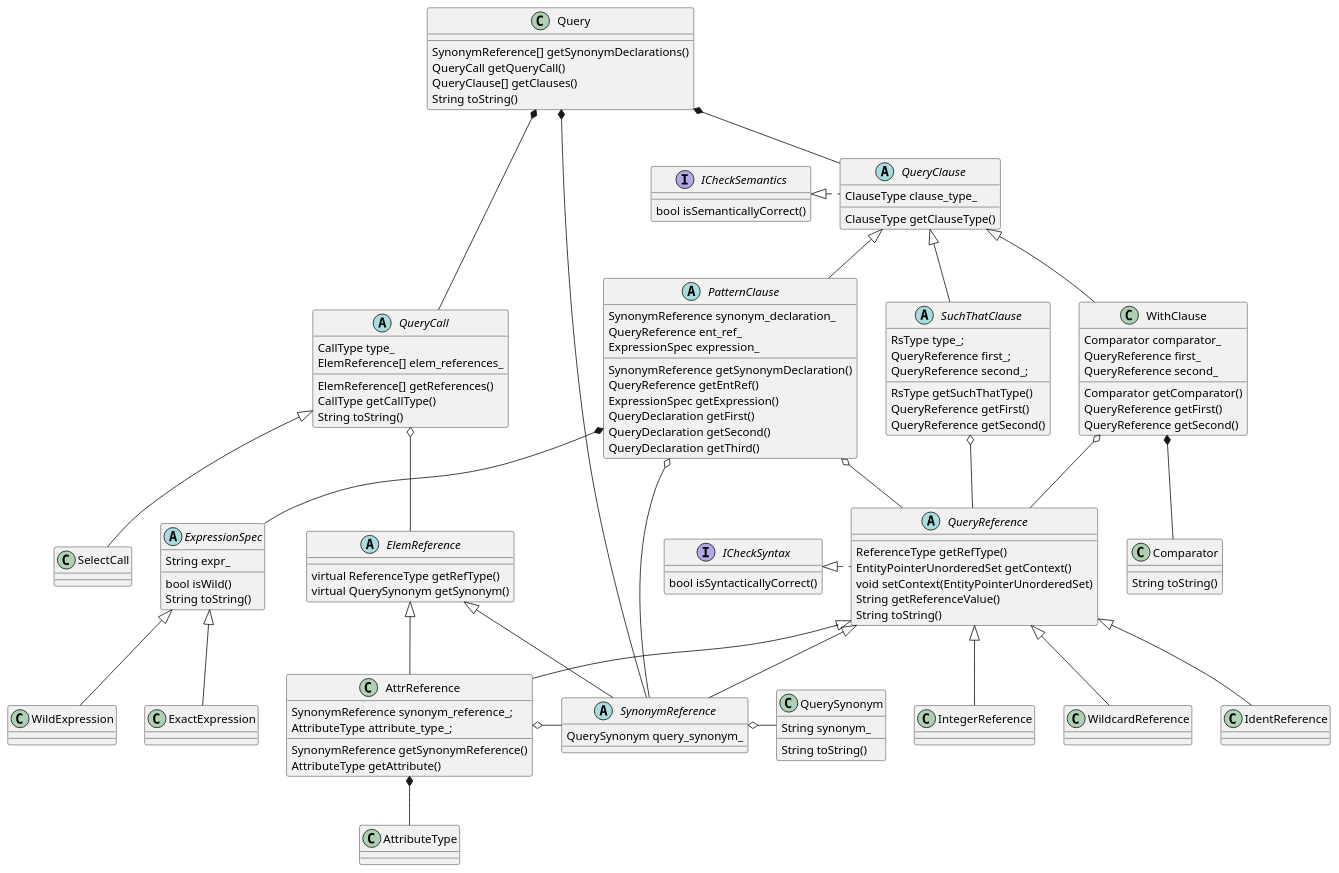
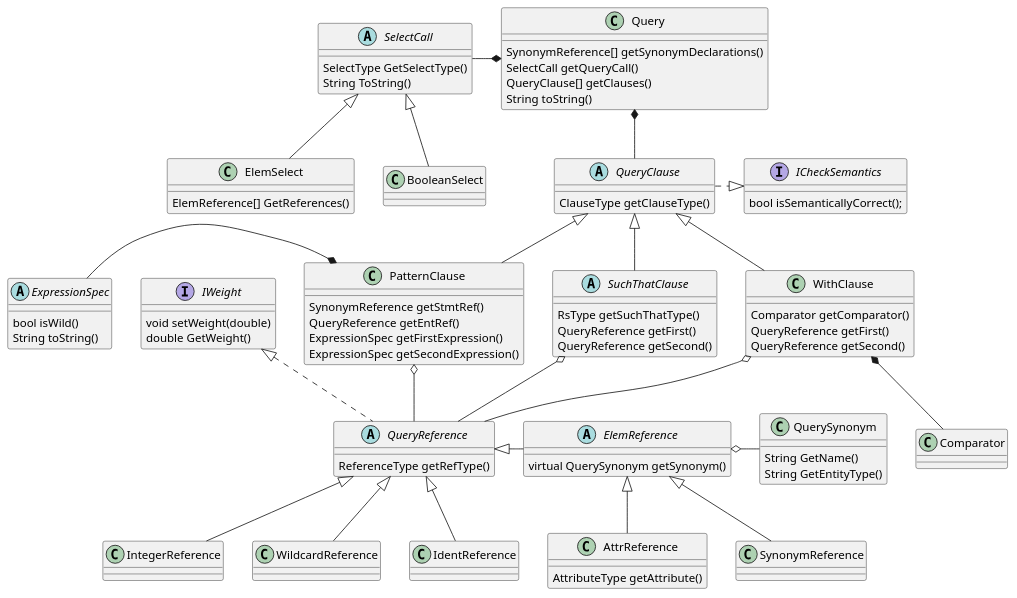
Before and after one commit to mazx4960/static-analyzer: the diagram in docs/diagrams/PQLClassDiagramBasic.puml, drawn with PlantUML. The commit also changed 48 other files, not shown here.

```diff
--- a/docs/diagrams/PQLClassDiagramBasic.puml
+++ b/docs/diagrams/PQLClassDiagramBasic.puml
@@ -1,161 +1,102 @@
 @startuml
 
 class Query {
     SynonymReference[] getSynonymDeclarations()
-    QueryCall getQueryCall()
+    SelectCall getQueryCall()
     QueryClause[] getClauses()
     String toString()
 }
 
+interface ICheckSemantics {
+  bool isSemanticallyCorrect();
+}
+
+interface IWeight {
+    void setWeight(double)
+    double GetWeight()
+}
+
+class QuerySynonym {
+    String GetName()
+    String GetEntityType()
+}
+
+abstract SelectCall {
+    SelectType GetSelectType()
+    String ToString()
+}
+class ElemSelect {
+    ElemReference[] GetReferences()
+}
+class BooleanSelect
+
 abstract QueryReference{
     ReferenceType getRefType()
-    EntityPointerUnorderedSet getContext()
-    void setContext(EntityPointerUnorderedSet)
-    String getReferenceValue()
-    String toString()
 }
-
-class WildcardReference {
-}
-
-class IdentReference {
-}
-
-class IntegerReference {
-}
-
+class WildcardReference
+class IdentReference
+class IntegerReference
 abstract ElemReference {
-    virtual ReferenceType getRefType()
     virtual QuerySynonym getSynonym()
 }
-
+class SynonymReference
 class AttrReference  {
-    SynonymReference synonym_reference_;
-    AttributeType attribute_type_;
-    SynonymReference getSynonymReference()
     AttributeType getAttribute()
 }
 
-abstract SynonymReference {
-    QuerySynonym query_synonym_
-}
-
-class QuerySynonym{
-    String synonym_
-    String toString()
-}
-abstract QueryCall {
-    CallType type_
-    ElemReference[] elem_references_
-    ElemReference[] getReferences()
-    CallType getCallType()
-    String toString()
-}
-
-class SelectCall {
-}
-
 abstract class QueryClause {
-    ClauseType clause_type_
     ClauseType getClauseType()
 }
-
 abstract class SuchThatClause {
-    RsType type_;
-    QueryReference first_;
-    QueryReference second_;
     RsType getSuchThatType()
     QueryReference getFirst()
     QueryReference getSecond()
 }
-
 class WithClause {
-    Comparator comparator_
-    QueryReference first_
-    QueryReference second_
     Comparator getComparator()
     QueryReference getFirst()
     QueryReference getSecond()
 }
-
-class Comparator {
-    String toString()
-}
-
+class Comparator
 class PatternClause  {
-    SynonymReference synonym_declaration_
-    QueryReference ent_ref_
-    ExpressionSpec expression_
-    SynonymReference getSynonymDeclaration()
+    SynonymReference getStmtRef()
     QueryReference getEntRef()
-    ExpressionSpec getExpression()
-}
-
-
-abstract class PatternClause {
-    QueryDeclaration getFirst()
-    QueryDeclaration getSecond()
-    QueryDeclaration getThird()
+    ExpressionSpec getFirstExpression()
+    ExpressionSpec getSecondExpression()
 }
 
 abstract ExpressionSpec {
-    String expr_
     bool isWild()
     String toString()
 }
 
-class ExactExpression {
-}
-
-class WildExpression {
-}
-
-interface ICheckSyntax {
-    bool isSyntacticallyCorrect()
-}
-
-interface ICheckSemantics {
-    bool isSemanticallyCorrect()
-}
-
-Query *-down- SynonymReference
-Query *-down- QueryCall
+Query *-left- SelectCall
 Query *-down- QueryClause
 
-QueryCall o-down- ElemReference
-QueryCall <|-down- SelectCall
+SelectCall <|-down- ElemSelect
+SelectCall <|-down- BooleanSelect
 
-ICheckSyntax <|.down QueryReference
-
+IWeight <|.down. QueryReference
 QueryReference <|-down- IdentReference
 QueryReference <|-down- IntegerReference
-QueryReference <|-down- SynonymReference
-QueryReference <|-down- AttrReference
 QueryReference <|-down- WildcardReference
+QueryReference <|-right- ElemReference
 
 ElemReference <|-down- SynonymReference
 ElemReference <|-down- AttrReference
+ElemReference o-right- QuerySynonym
 
-ExpressionSpec <|-down- ExactExpression
-ExpressionSpec <|-down- WildExpression
-
-SynonymReference o-right- QuerySynonym
-
-AttrReference o-right- SynonymReference
-AttrReference *-down- AttributeType
-
-ICheckSemantics <|.down QueryClause
+ICheckSemantics <|.left. QueryClause
 
 QueryClause <|-down- SuchThatClause
 QueryClause <|-down- PatternClause
 QueryClause <|-down- WithClause
 
 SuchThatClause o-down- QueryReference
 
 PatternClause o-down- QueryReference
-PatternClause o-down- SynonymReference
-PatternClause *-down- ExpressionSpec
+PatternClause *-left- ExpressionSpec
 
 WithClause o-down- QueryReference
 WithClause *-down- Comparator
 @enduml
```
